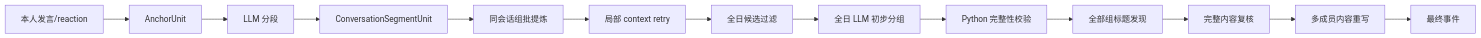
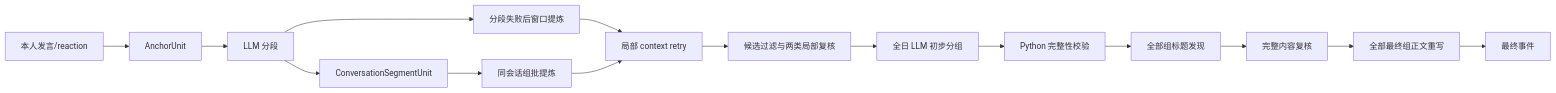
The diagram in docs/anchor-first-multi-pass-design.md (sunweisheng/WorkTrace), drawn with Mermaid before and after one commit. The commit also changed other lines of this file and 23 other files, not shown here.

````diff
--- a/docs/anchor-first-multi-pass-design.md
+++ b/docs/anchor-first-multi-pass-design.md
@@ -37,8 +37,9 @@
 ```mermaid
 flowchart LR
     A["本人发言/reaction"] --> B["AnchorUnit"] --> C["LLM 分段"]
     C --> D["ConversationSegmentUnit"] --> E["同会话组批提炼"]
-    E --> F["局部 context retry"] --> G["全日候选过滤"]
+    C --> N["分段失败后窗口提炼"] --> F
+    E --> F["局部 context retry"] --> G["候选过滤与两类局部复核"]
     G --> H["全日 LLM 初步分组"] --> I["Python 完整性校验"] --> J["全部组标题发现"]
-    J --> K["完整内容复核"] --> L["多成员内容重写"] --> M["最终事件"]
+    J --> K["完整内容复核"] --> L["全部最终组正文重写"] --> M["最终事件"]
 ```
````
